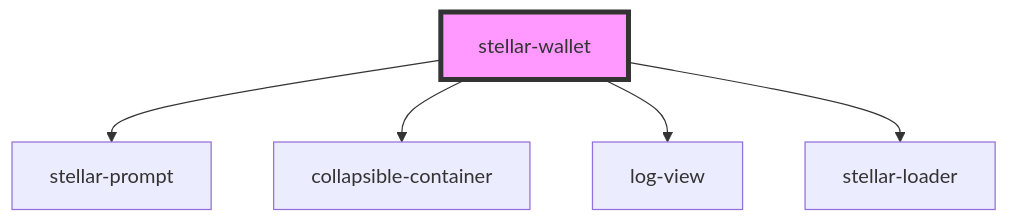
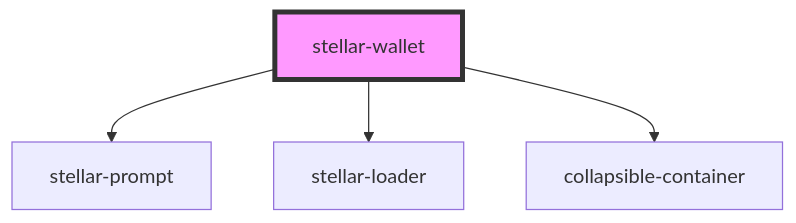
One commit to stellar/stellar-demo-wallet changed the diagram in src/components/wallet/readme.md. Above: the diagram before and after it, drawn with Mermaid. The commit also changed other lines of this file and 11 other files, not shown here.

````diff
--- a/src/components/wallet/readme.md
+++ b/src/components/wallet/readme.md
@@ -25,8 +25,7 @@
 ```mermaid
 graph TD;
   stellar-wallet --> stellar-prompt
+  stellar-wallet --> stellar-loader
   stellar-wallet --> collapsible-container
-  stellar-wallet --> log-view
-  stellar-wallet --> stellar-loader
   style stellar-wallet fill:#f9f,stroke:#333,stroke-width:4px
 ```
````
